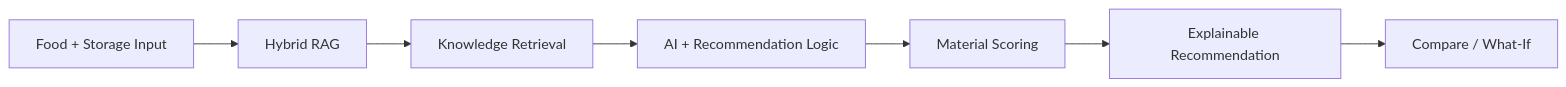
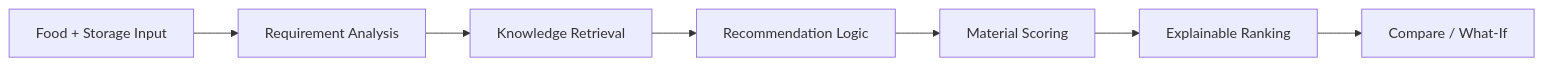
Before and after one commit to wwwsahilchand123-maker/PackIntel-AI: the diagram in README.md, drawn with Mermaid. The commit also changed other lines of this file, not shown here.

````diff
--- a/README.md
+++ b/README.md
@@ -41,9 +39,9 @@
 ```mermaid
 flowchart LR
- A[Food + Storage Input] --> B[Hybrid RAG]
+ A[Food + Storage Input] --> B[Requirement Analysis]
  B --> C[Knowledge Retrieval]
- C --> D[AI + Recommendation Logic]
+ C --> D[Recommendation Logic]
  D --> E[Material Scoring]
- E --> F[Explainable Recommendation]
+ E --> F[Explainable Ranking]
  F --> G[Compare / What-If]
 ```
````
